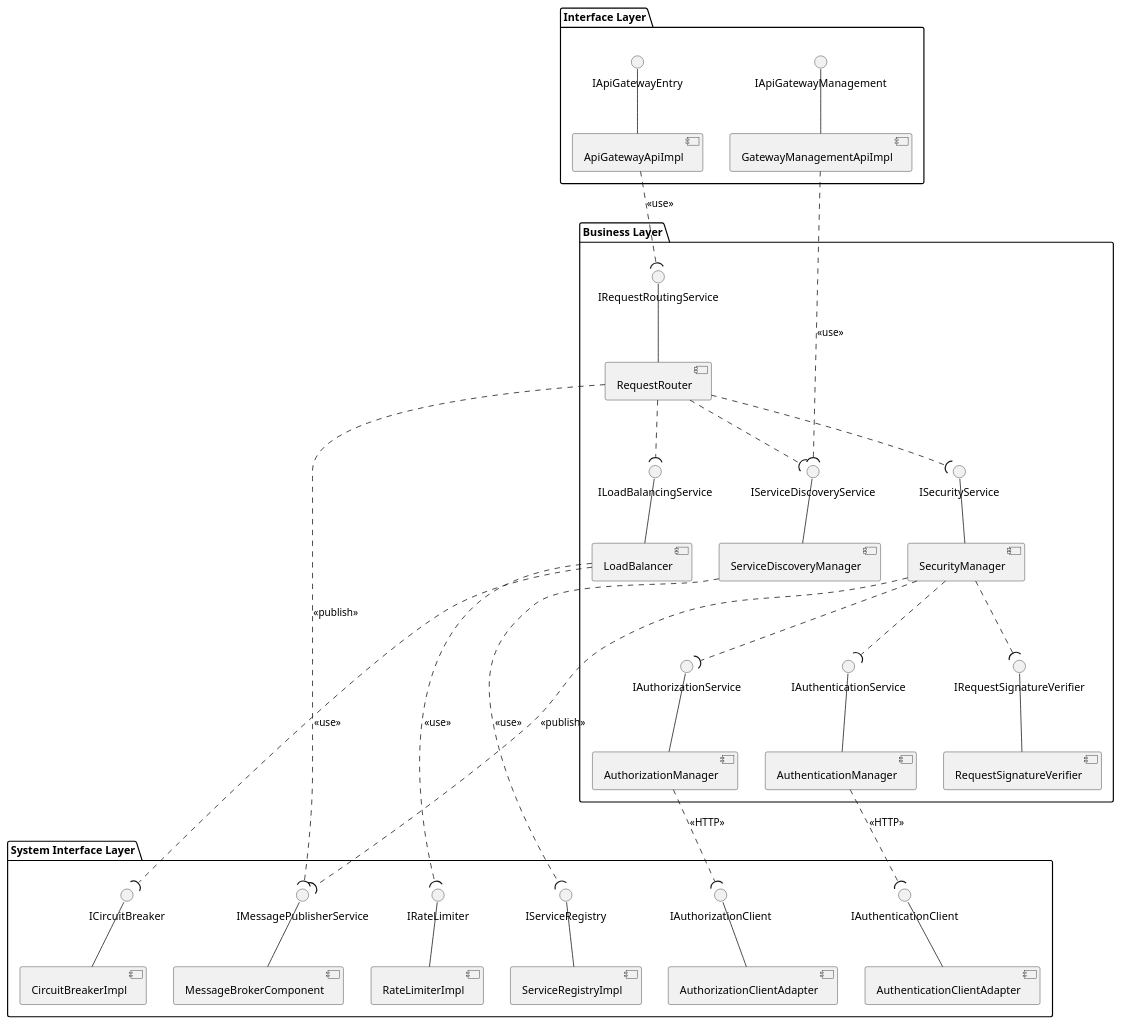
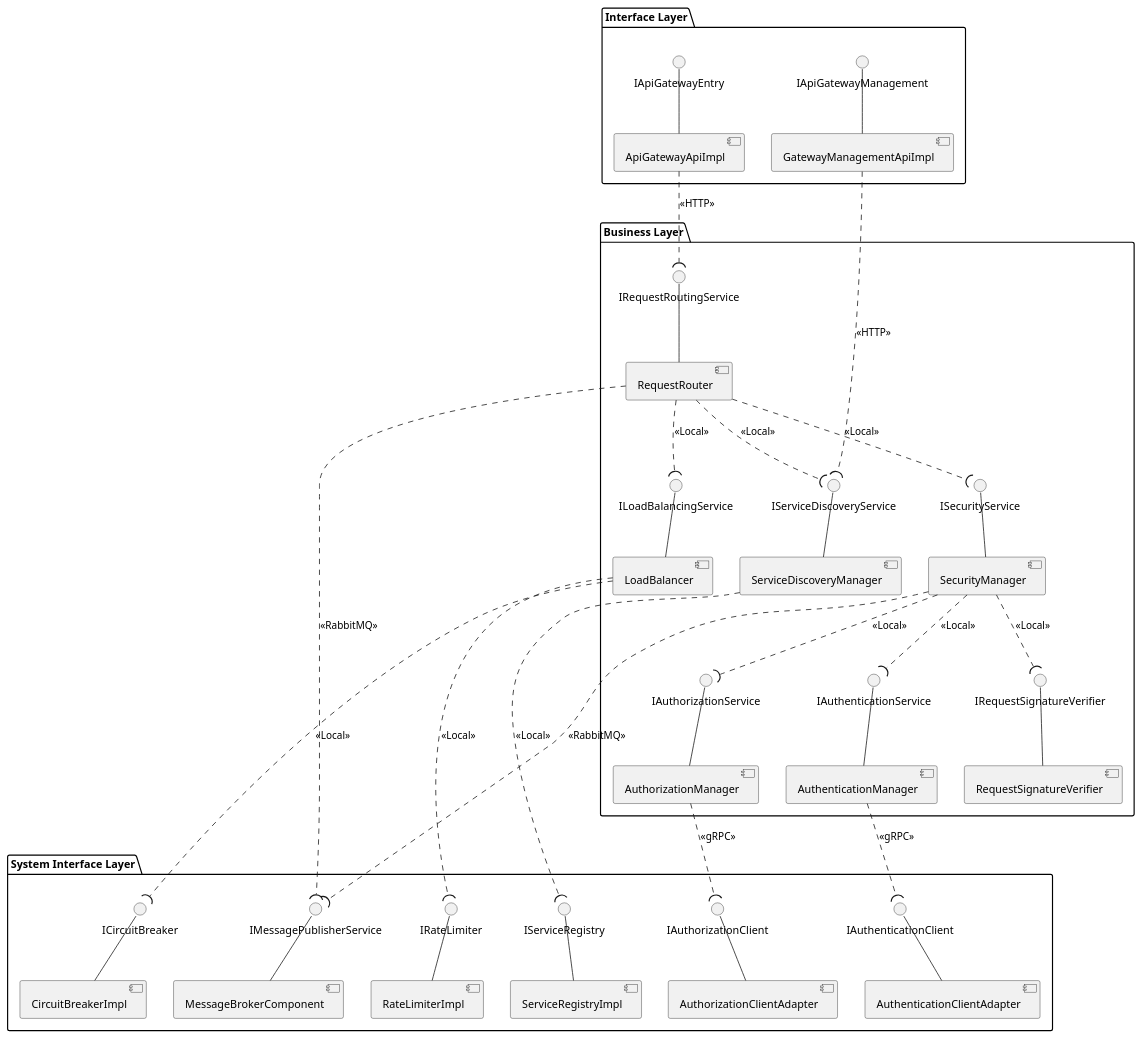
Before and after one commit to yoon2eyo/GITHUB: the diagram in ComponentDiagram/07_GatewayComponent.puml, drawn with PlantUML. The commit also changed 51 other files, not shown here.

```diff
--- a/ComponentDiagram/07_GatewayComponent.puml
+++ b/ComponentDiagram/07_GatewayComponent.puml
@@ -1,91 +1,91 @@
 @startuml GatewayComponent
 ' GatewayComponent.puml (가이드 준수)
 
 package "Interface Layer" {
   interface IApiGatewayEntry
   interface IApiGatewayManagement
 
   component ApiGatewayApiImpl
   component GatewayManagementApiImpl
   
   IApiGatewayEntry -- ApiGatewayApiImpl
   IApiGatewayManagement -- GatewayManagementApiImpl
 }
 
 package "Business Layer" {
   interface IRequestRoutingService
   interface ISecurityService
   interface IServiceDiscoveryService
   interface ILoadBalancingService
   
   component RequestRouter
   component SecurityManager
   component ServiceDiscoveryManager
   component LoadBalancer
   
   interface IAuthenticationService
   interface IAuthorizationService
   interface IRequestSignatureVerifier
   
   component AuthenticationManager
   component AuthorizationManager
   component RequestSignatureVerifier
   
   ' Service implementations
   IRequestRoutingService -- RequestRouter
   ISecurityService -- SecurityManager
   IServiceDiscoveryService -- ServiceDiscoveryManager
   ILoadBalancingService -- LoadBalancer
   
   IAuthenticationService -- AuthenticationManager
   IAuthorizationService -- AuthorizationManager
   IRequestSignatureVerifier -- RequestSignatureVerifier
   
   ' Business layer internal relationships
-  RequestRouter ..( ISecurityService
-  RequestRouter ..( IServiceDiscoveryService
-  RequestRouter ..( ILoadBalancingService
+  RequestRouter ..( ISecurityService : <<Local>>
+  RequestRouter ..( IServiceDiscoveryService : <<Local>>
+  RequestRouter ..( ILoadBalancingService : <<Local>>
   
-  SecurityManager ..( IAuthenticationService
-  SecurityManager ..( IAuthorizationService
-  SecurityManager ..( IRequestSignatureVerifier
+  SecurityManager ..( IAuthenticationService : <<Local>>
+  SecurityManager ..( IAuthorizationService : <<Local>>
+  SecurityManager ..( IRequestSignatureVerifier : <<Local>>
 }
 
 package "System Interface Layer" {
   interface IServiceRegistry
   interface IAuthenticationClient
   interface IAuthorizationClient
   interface IMessagePublisherService
   interface ICircuitBreaker
   interface IRateLimiter
   
   component ServiceRegistryImpl
   component AuthenticationClientAdapter
   component AuthorizationClientAdapter
   component MessageBrokerComponent
   component CircuitBreakerImpl
   component RateLimiterImpl
   
   IServiceRegistry -- ServiceRegistryImpl
   IAuthenticationClient -- AuthenticationClientAdapter
   IAuthorizationClient -- AuthorizationClientAdapter
   IMessagePublisherService -- MessageBrokerComponent
   ICircuitBreaker -- CircuitBreakerImpl
   IRateLimiter -- RateLimiterImpl
 }
 
 ' 패키지 외부 연결
 ' Interface Layer -> Business Layer
-ApiGatewayApiImpl ..( IRequestRoutingService : <<use>>
-GatewayManagementApiImpl ..( IServiceDiscoveryService : <<use>>
+ApiGatewayApiImpl ..( IRequestRoutingService : <<HTTP>>
+GatewayManagementApiImpl ..( IServiceDiscoveryService : <<HTTP>>
 
 ' Business Layer -> System Interface Layer
-ServiceDiscoveryManager ..( IServiceRegistry : <<use>>
-LoadBalancer ..( ICircuitBreaker : <<use>>
-LoadBalancer ..( IRateLimiter : <<use>>
-AuthenticationManager ..( IAuthenticationClient : <<HTTP>>
-AuthorizationManager ..( IAuthorizationClient : <<HTTP>>
-RequestRouter ..( IMessagePublisherService : <<publish>>
-SecurityManager ..( IMessagePublisherService : <<publish>>
+ServiceDiscoveryManager ..( IServiceRegistry : <<Local>>
+LoadBalancer ..( ICircuitBreaker : <<Local>>
+LoadBalancer ..( IRateLimiter : <<Local>>
+AuthenticationManager ..( IAuthenticationClient : <<gRPC>>
+AuthorizationManager ..( IAuthorizationClient : <<gRPC>>
+RequestRouter ..( IMessagePublisherService : <<RabbitMQ>>
+SecurityManager ..( IMessagePublisherService : <<RabbitMQ>>
 
 @enduml
```
